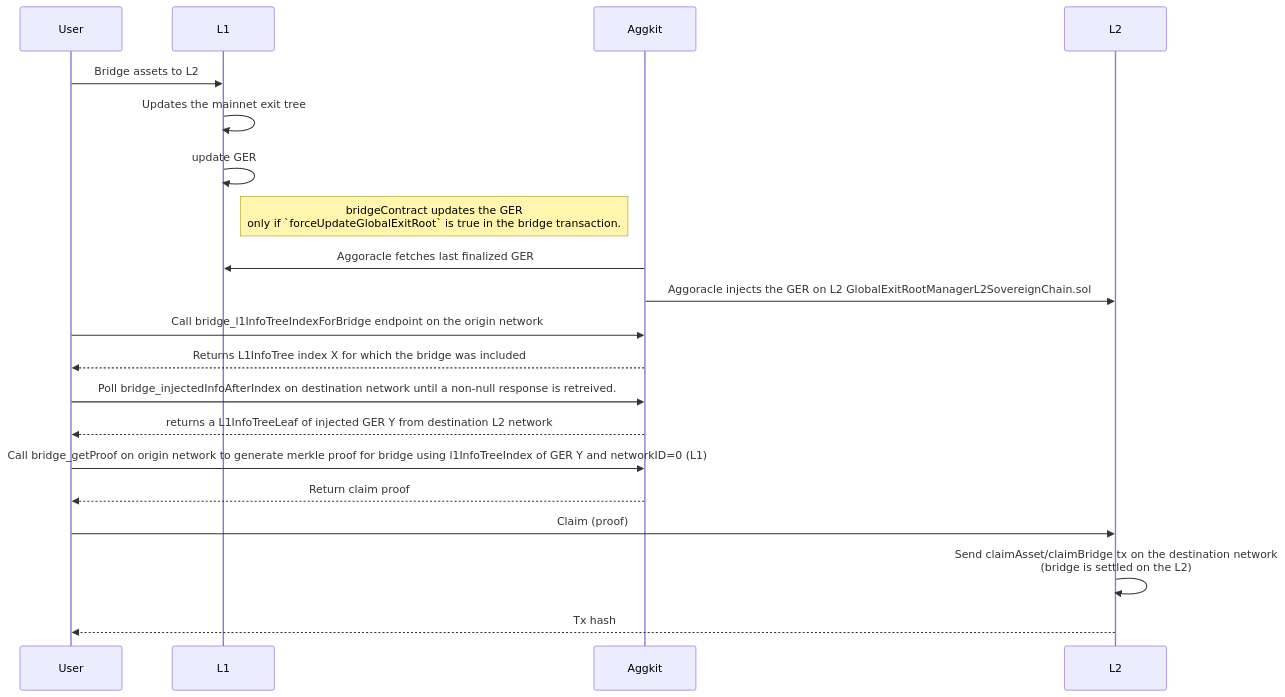
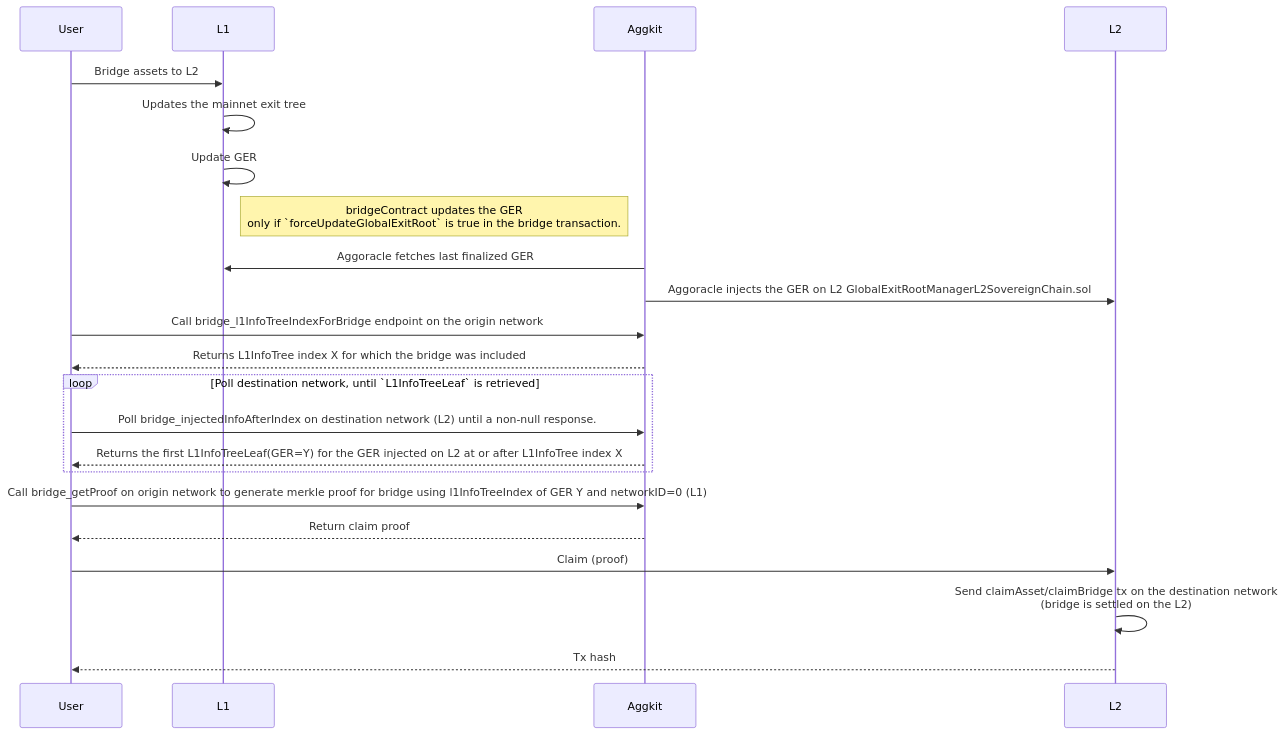
One commit to agglayer/aggkit changed the second of 5 diagrams in docs/bridge_service.md. Above: the diagram before and after it, drawn with Mermaid. The commit also changed other lines of this file, not shown here.

````diff
--- a/docs/bridge_service.md
+++ b/docs/bridge_service.md
@@ -52,24 +53,27 @@
 ```mermaid
 sequenceDiagram
     participant User
     participant L1
     participant Aggkit
     participant L2
 
     User->>L1: Bridge assets to L2
     L1->>L1: Updates the mainnet exit tree
-    L1->>L1: update GER
+    L1->>L1: Update GER
     Note right of L1: bridgeContract updates the GER<br/>only if `forceUpdateGlobalExitRoot` is true in the bridge transaction.
     Aggkit->>L1: Aggoracle fetches last finalized GER
     Aggkit->>L2: Aggoracle injects the GER on L2 GlobalExitRootManagerL2SovereignChain.sol
 
     User->>Aggkit: Call bridge_l1InfoTreeIndexForBridge endpoint on the origin network
     Aggkit-->>User: Returns L1InfoTree index X for which the bridge was included
-    User->>Aggkit: Poll bridge_injectedInfoAfterIndex on destination network until a non-null response is retreived.
-    Aggkit-->>User: returns a L1InfoTreeLeaf of injected GER Y from destination L2 network
+    loop Poll destination network, until `L1InfoTreeLeaf` is retrieved  
+      User->>Aggkit: Poll bridge_injectedInfoAfterIndex on destination network (L2) until a non-null response.  
+      Aggkit-->>User: Returns the first L1InfoTreeLeaf(GER=Y) for the GER injected on L2 at or after L1InfoTree index X
+    end 
+
     User->>Aggkit: Call bridge_getProof on origin network to generate merkle proof for bridge using l1InfoTreeIndex of GER Y and networkID=0 (L1)
     Aggkit-->>User: Return claim proof
     User->>L2: Claim (proof)
     L2->>L2: Send claimAsset/claimBridge tx on the destination network<br/>(bridge is settled on the L2)
     L2-->>User: Tx hash
 ```
````
